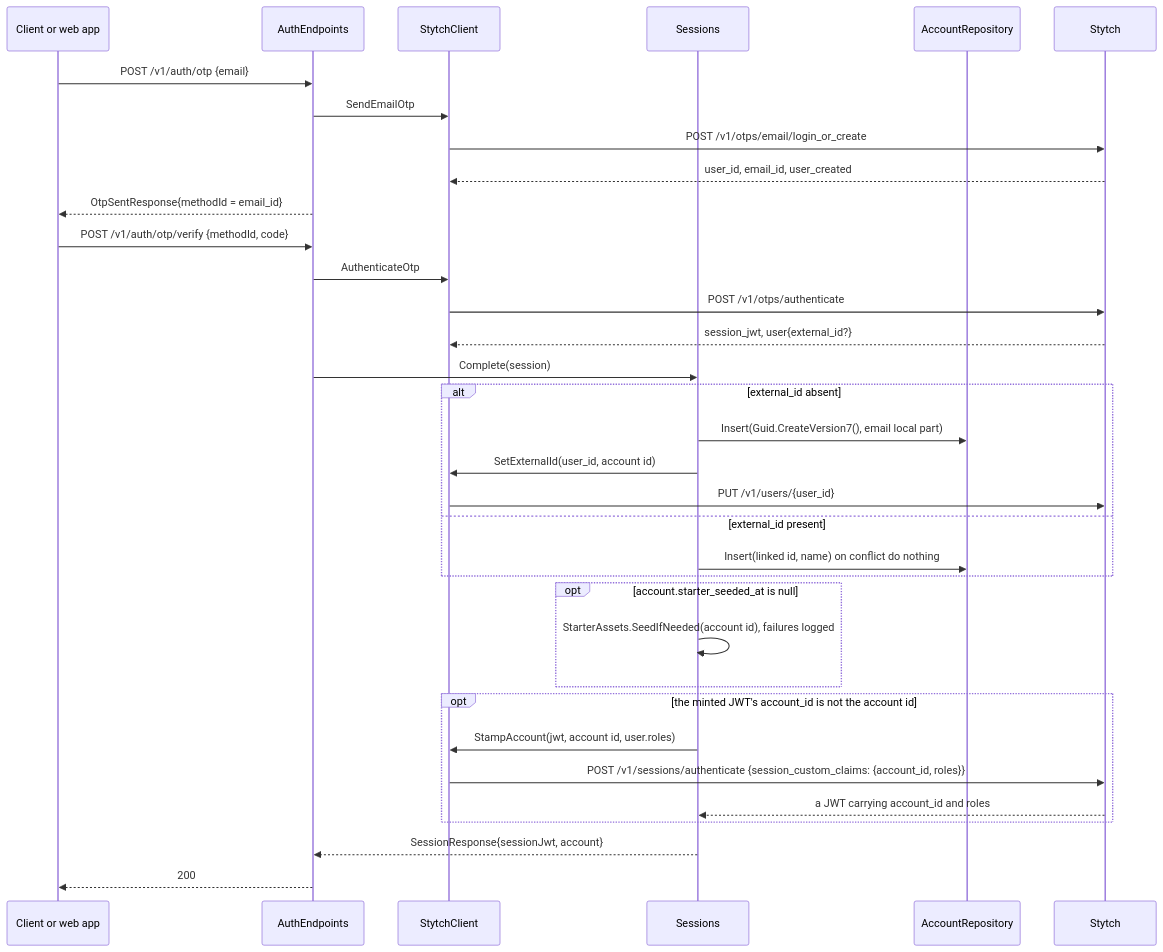
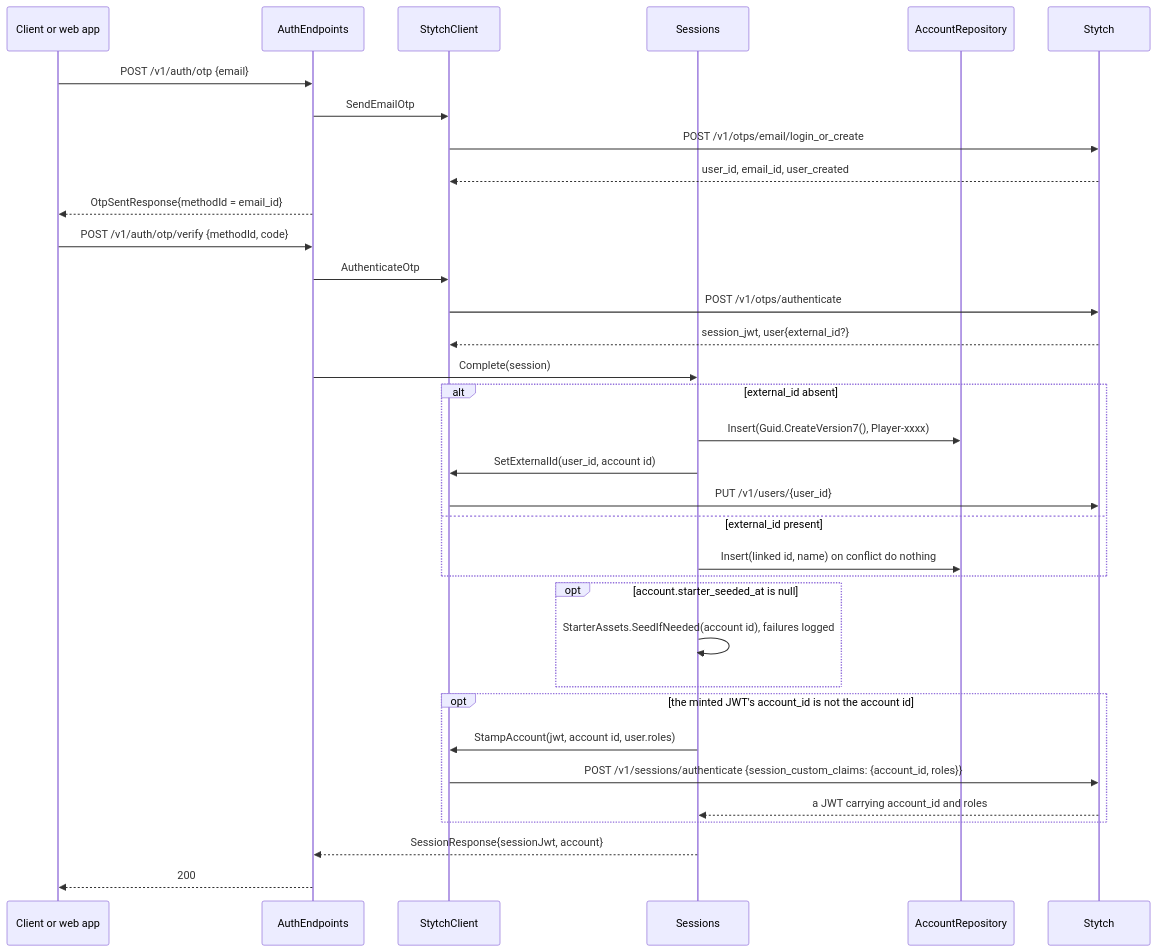
Before and after one commit to cstupi/tabletop: the third of 12 diagrams in docs/design/management-api/design.md, drawn with Mermaid. The commit also changed other lines of this file and 2 other files, not shown here.

````diff
--- a/docs/design/management-api/design.md
+++ b/docs/design/management-api/design.md
@@ -286,37 +286,37 @@
 ```mermaid
 sequenceDiagram
     participant C as Client or web app
     participant A as AuthEndpoints
     participant S as StytchClient
     participant X as Sessions
     participant R as AccountRepository
     participant K as Stytch
 
     C->>A: POST /v1/auth/otp {email}
     A->>S: SendEmailOtp
     S->>K: POST /v1/otps/email/login_or_create
     K-->>S: user_id, email_id, user_created
     A-->>C: OtpSentResponse{methodId = email_id}
     C->>A: POST /v1/auth/otp/verify {methodId, code}
     A->>S: AuthenticateOtp
     S->>K: POST /v1/otps/authenticate
     K-->>S: session_jwt, user{external_id?}
     A->>X: Complete(session)
     alt external_id absent
-        X->>R: Insert(Guid.CreateVersion7(), email local part)
+        X->>R: Insert(Guid.CreateVersion7(), Player-xxxx)
         X->>S: SetExternalId(user_id, account id)
         S->>K: PUT /v1/users/{user_id}
     else external_id present
         X->>R: Insert(linked id, name) on conflict do nothing
     end
     opt account.starter_seeded_at is null
         X->>X: StarterAssets.SeedIfNeeded(account id), failures logged
     end
     opt the minted JWT's account_id is not the account id
         X->>S: StampAccount(jwt, account id, user.roles)
         S->>K: POST /v1/sessions/authenticate {session_custom_claims: {account_id, roles}}
         K-->>X: a JWT carrying account_id and roles
     end
     X-->>A: SessionResponse{sessionJwt, account}
     A-->>C: 200
 ```
````
